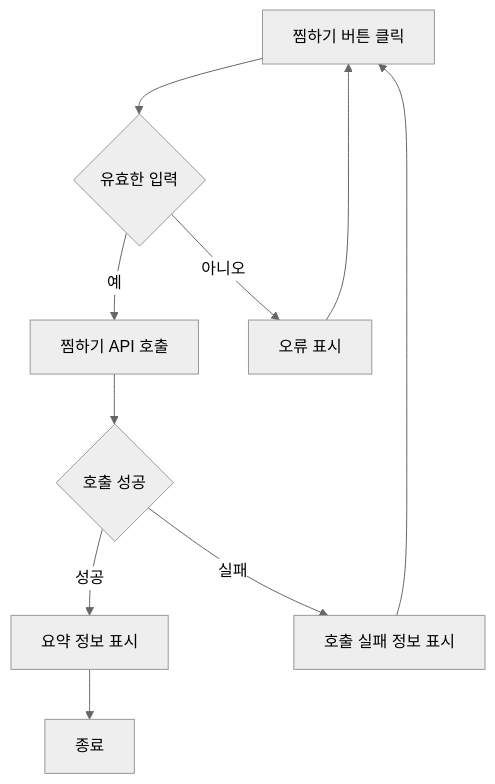
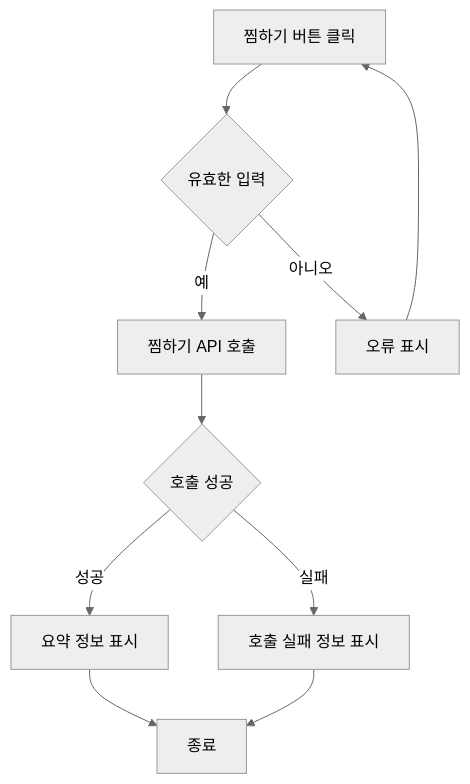
One commit to mirinae700/fastcampus-onboarding-project changed the diagram in design/기능정의서.md. Above: the diagram before and after it, drawn with Mermaid (neutral theme).

````diff
--- a/design/기능정의서.md
+++ b/design/기능정의서.md
@@ -26,12 +26,12 @@
 ```mermaid
 flowchart TD
     A[찜하기 버튼 클릭] --> B[입력 항목 유효성 검증]
     B{유효한 입력} -- 예 --> C[찜하기 API 호출]
     B{유효한 입력} -- 아니오 --> D[오류 표시]
     D --> A
     C --> E{호출 성공}
     E -- 성공 --> F[요약 정보 표시]
     E -- 실패 --> H[호출 실패 정보 표시]
-    H --> A
     F --> Z[종료]
+    H --> Z[종료]
 ```
````
